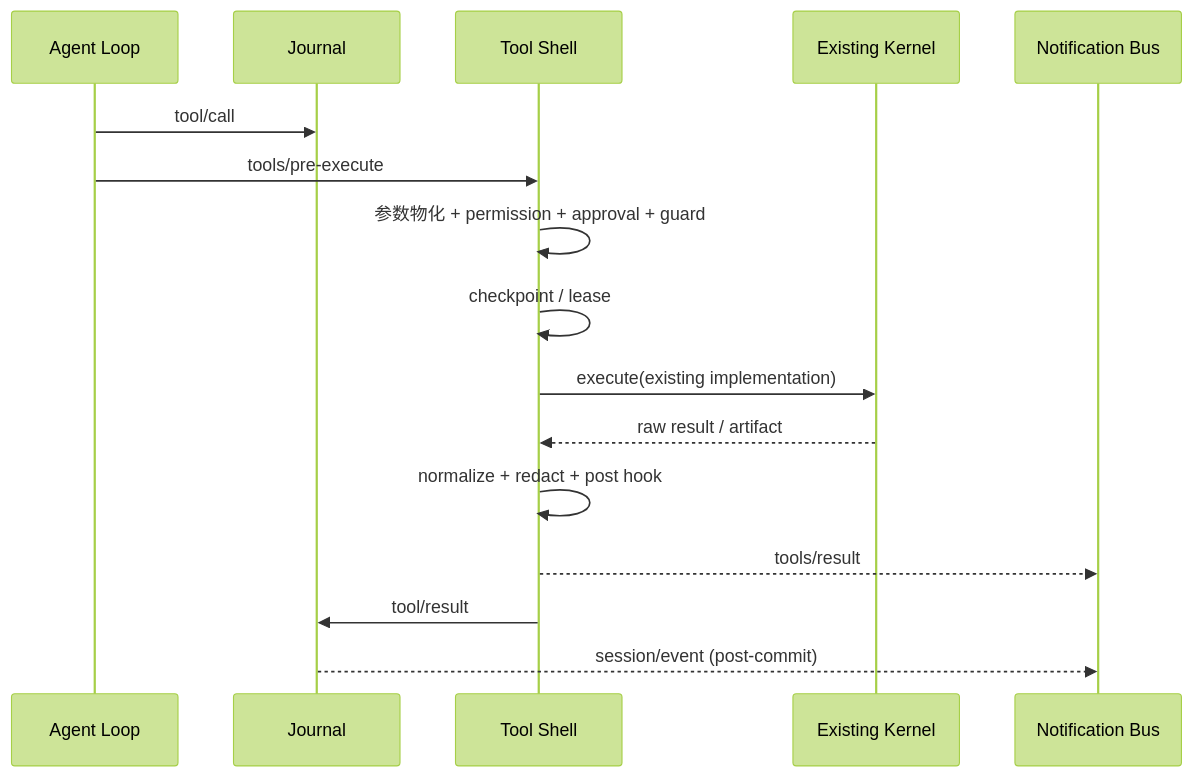
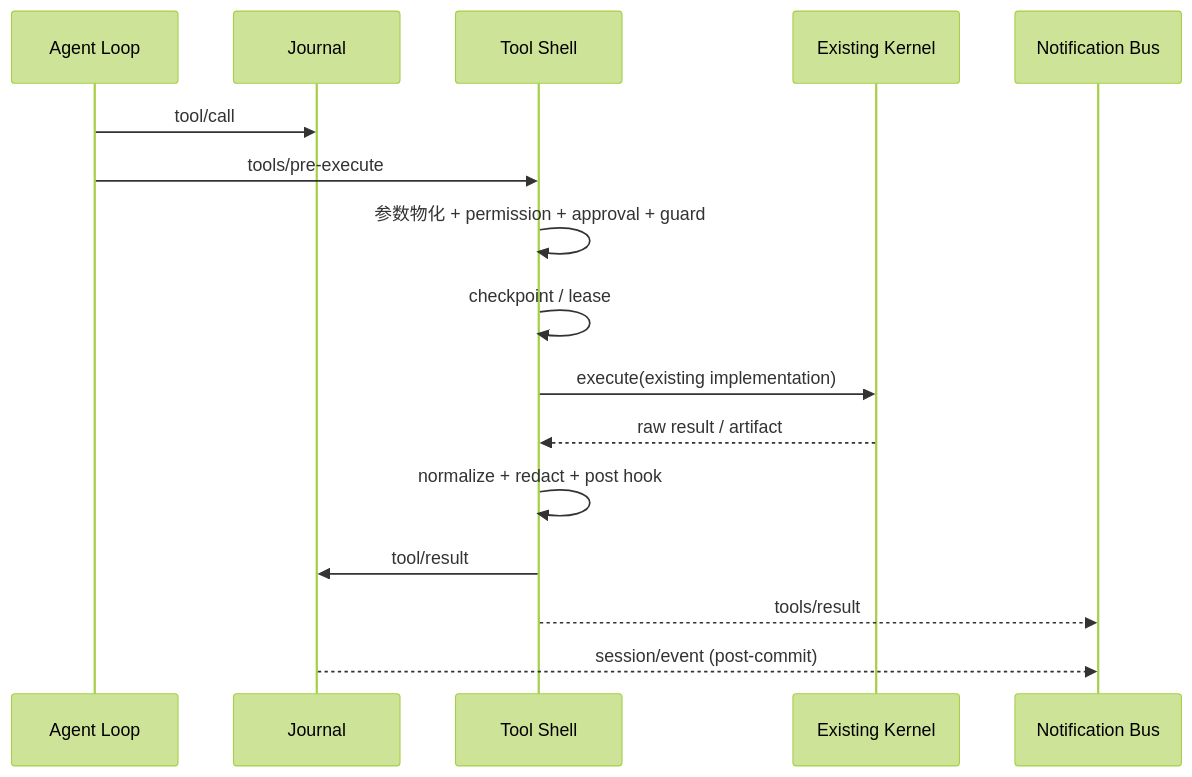
The second of 2 diagrams in docs/design-docs/agent-plugin-runtime/agent-spec-tool-runtime-boundary.md (WakeUp-Jin/actspace-agent), drawn with Mermaid (forest theme) before and after one commit. The commit also changed other lines of this file and 294 other files, not shown here.

````diff
--- a/docs/design-docs/agent-plugin-runtime/agent-spec-tool-runtime-boundary.md
+++ b/docs/design-docs/agent-plugin-runtime/agent-spec-tool-runtime-boundary.md
@@ -48,18 +48,18 @@
 ```mermaid
 sequenceDiagram
     participant A as Agent Loop
     participant J as Journal
     participant S as Tool Shell
     participant K as Existing Kernel
     participant N as Notification Bus
     A->>J: tool/call
     A->>S: tools/pre-execute
     S->>S: 参数物化 + permission + approval + guard
     S->>S: checkpoint / lease
     S->>K: execute(existing implementation)
     K-->>S: raw result / artifact
     S->>S: normalize + redact + post hook
+    S->>J: tool/result
     S-->>N: tools/result
-    S->>J: tool/result
     J-->>N: session/event (post-commit)
 ```
````
